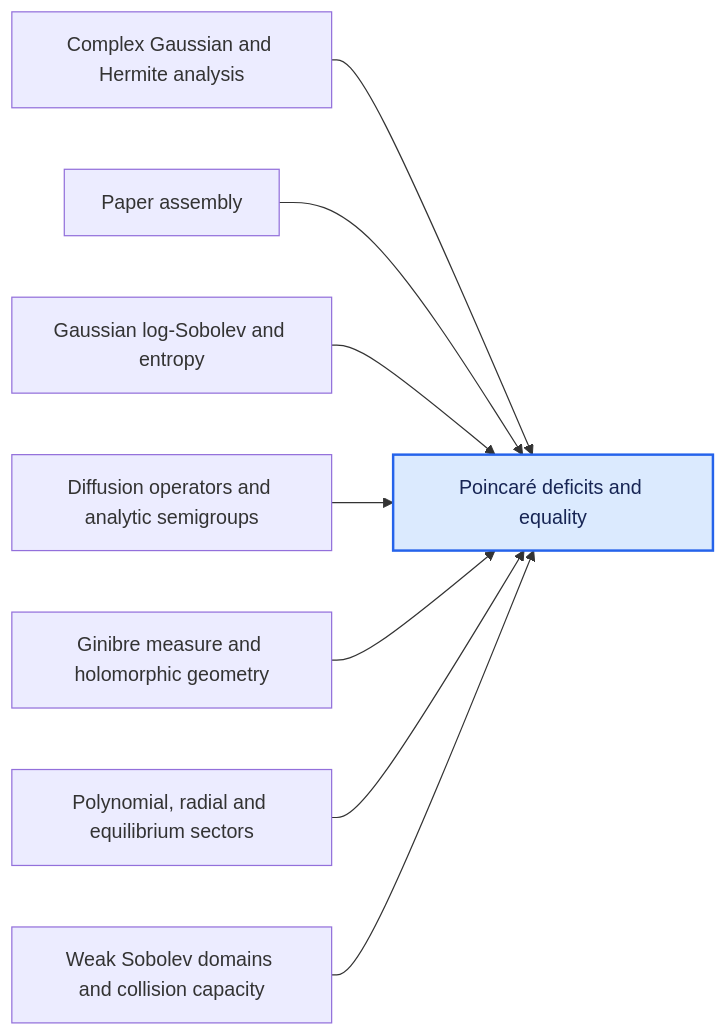
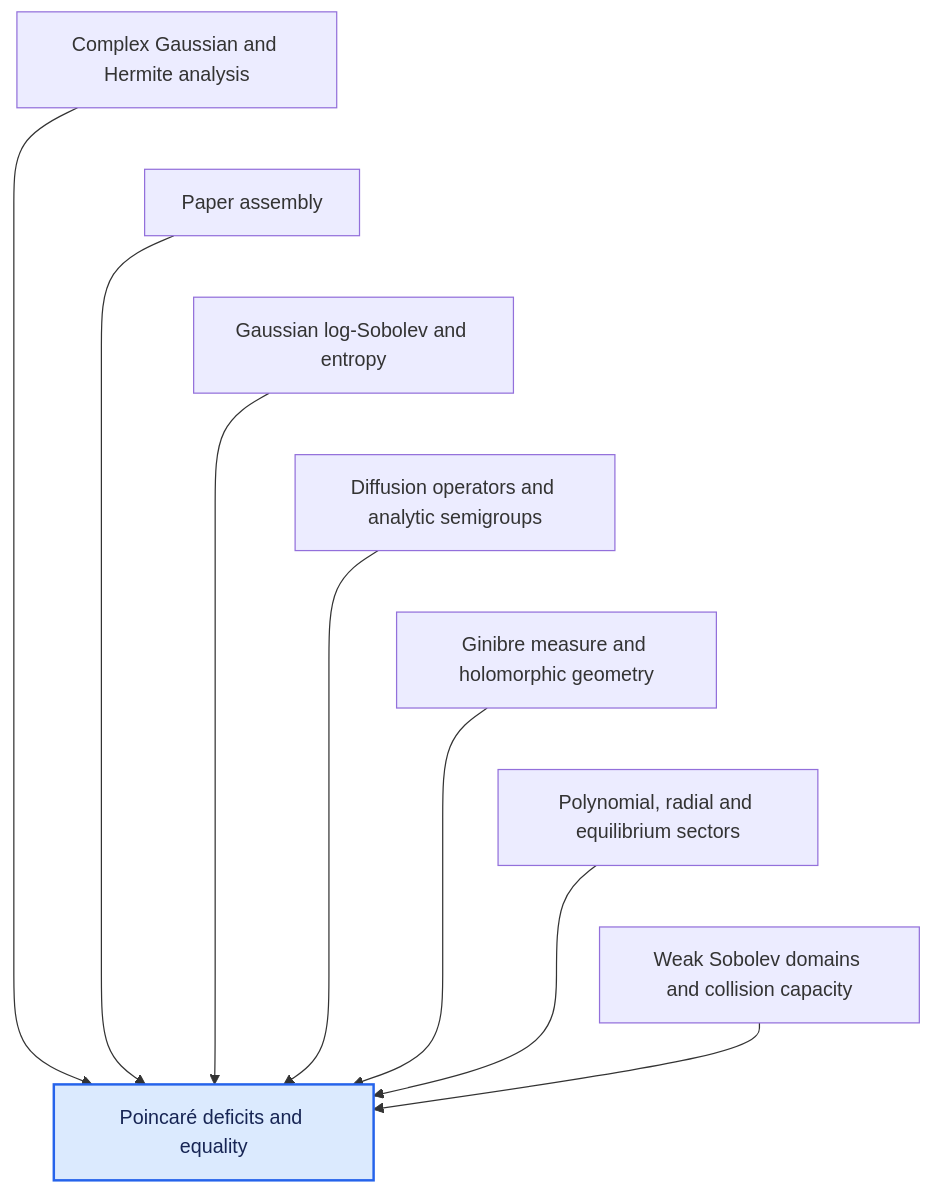
Before and after one commit to djalilchafai/ginibre-poincare: the fifth of 12 diagrams in DEPENDENCIES.md, drawn with Mermaid. The commit also changed other lines of this file and 44 other files, not shown here.

Commit message:
Make dependency diagrams vertical and add GitHub Pages deployment

````diff
--- a/DEPENDENCIES.md
+++ b/DEPENDENCIES.md
@@ -109,12 +128,18 @@
 ```mermaid
-flowchart LR
+flowchart TB
   ComplexGaussianHermite["Complex Gaussian and Hermite analysis"] --> DeficitsEquality["Poincaré deficits and equality"]
   Endgame["Paper assembly"] --> DeficitsEquality["Poincaré deficits and equality"]
   GaussianLSI["Gaussian log-Sobolev and entropy"] --> DeficitsEquality["Poincaré deficits and equality"]
   GeneratorSemigroup["Diffusion operators and analytic semigroups"] --> DeficitsEquality["Poincaré deficits and equality"]
   GinibreMeasureGeometry["Ginibre measure and holomorphic geometry"] --> DeficitsEquality["Poincaré deficits and equality"]
   PolynomialRadial["Polynomial, radial and equilibrium sectors"] --> DeficitsEquality["Poincaré deficits and equality"]
   WeakSobolev["Weak Sobolev domains and collision capacity"] --> DeficitsEquality["Poincaré deficits and equality"]
+  ComplexGaussianHermite ~~~ Endgame
+  Endgame ~~~ GaussianLSI
+  GaussianLSI ~~~ GeneratorSemigroup
+  GeneratorSemigroup ~~~ GinibreMeasureGeometry
+  GinibreMeasureGeometry ~~~ PolynomialRadial
+  PolynomialRadial ~~~ WeakSobolev
   classDef target fill:#dbeafe,stroke:#2563eb,stroke-width:2px,color:#172554;
   class DeficitsEquality target;
 ```
````
